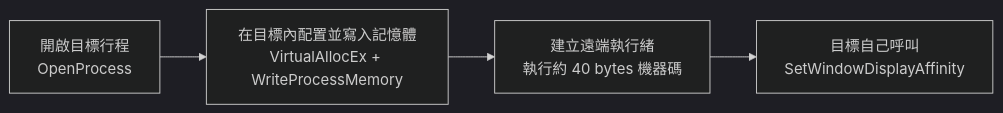
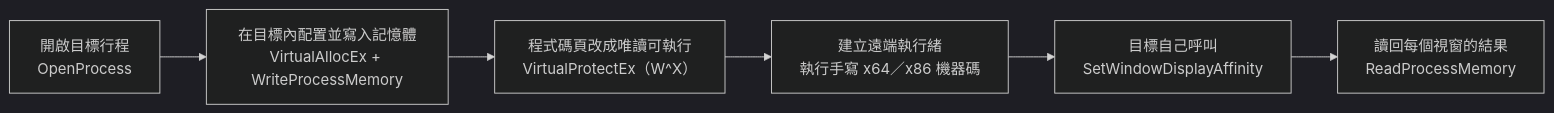
One commit to PZW152/PZW152 changed the first of 2 diagrams in README.md. Above: the diagram before and after it, drawn with Mermaid (dark theme). The commit also changed other lines of this file, not shown here.

Commit message:
docs: WindowCaptureGuard 已重寫為 Rust，更新專案卡片與技術棧

````diff
--- a/README.md
+++ b/README.md
@@ -44,6 +45,8 @@
 ```mermaid
 flowchart LR
     A["開啟目標行程<br/>OpenProcess"] --> B["在目標內配置並寫入記憶體<br/>VirtualAllocEx + WriteProcessMemory"]
-    B --> C["建立遠端執行緒<br/>執行約 40 bytes 機器碼"]
-    C --> D["目標自己呼叫<br/>SetWindowDisplayAffinity"]
+    B --> C["程式碼頁改成唯讀可執行<br/>VirtualProtectEx（W^X）"]
+    C --> D["建立遠端執行緒<br/>執行手寫 x64／x86 機器碼"]
+    D --> E["目標自己呼叫<br/>SetWindowDisplayAffinity"]
+    E --> F["讀回每個視窗的結果<br/>ReadProcessMemory"]
 ```
````
